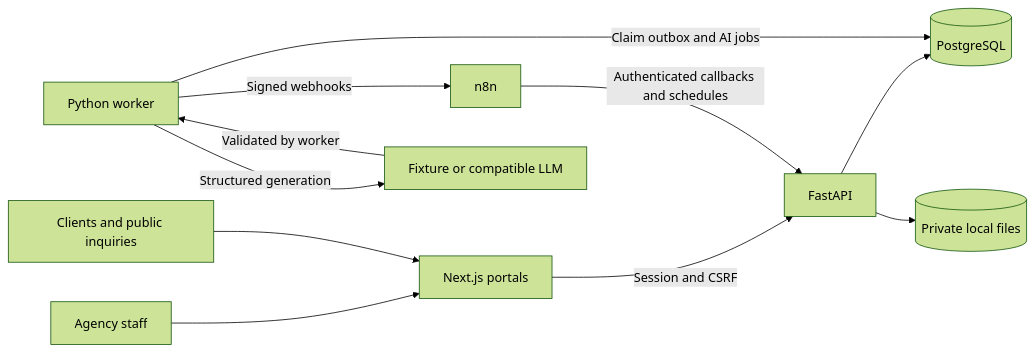
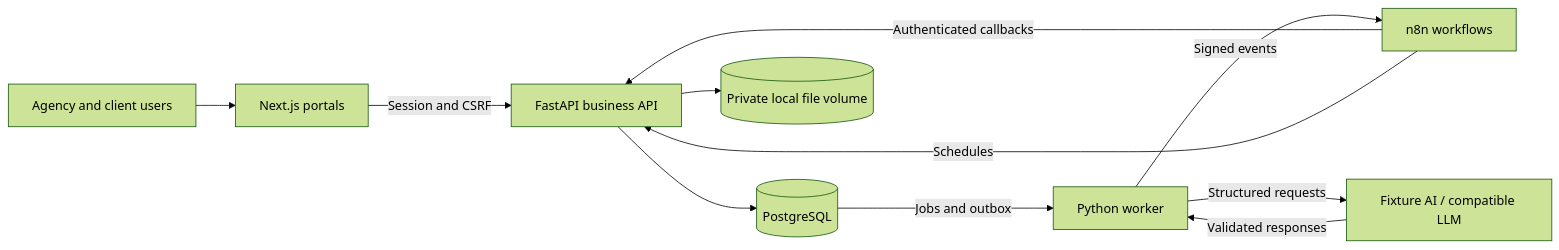
The diagram in README.md (bayutamawib/creativeOS), drawn with Mermaid (forest theme) before and after one commit. The commit also changed other lines of this file, not shown here.

````diff
--- a/README.md
+++ b/README.md
@@ -26,13 +57,13 @@
 ```mermaid
 flowchart LR
-    Agency[Agency staff] --> Web[Next.js portals]
-    Client[Clients and public inquiries] --> Web
-    Web -->|Session and CSRF| API[FastAPI]
-    API --> DB[(PostgreSQL)]
-    API --> Files[(Private local files)]
-    Worker[Python worker] -->|Claim outbox and AI jobs| DB
-    Worker -->|Signed webhooks| N8N[n8n]
-    N8N -->|Authenticated callbacks and schedules| API
-    Worker -->|Structured generation| AI[Fixture or compatible LLM]
-    AI -->|Validated by worker| Worker
+    U[Agency and client users] --> FE[Next.js portals]
+    FE -->|Session and CSRF| API[FastAPI business API]
+    API --> PG[(PostgreSQL)]
+    API --> FS[(Private local file volume)]
+    PG -->|Jobs and outbox| WK[Python worker]
+    WK -->|Signed events| N8N[n8n workflows]
+    N8N -->|Authenticated callbacks| API
+    N8N -->|Schedules| API
+    WK -->|Structured requests| LLM[Fixture AI / compatible LLM]
+    LLM -->|Validated responses| WK
 ```
````
